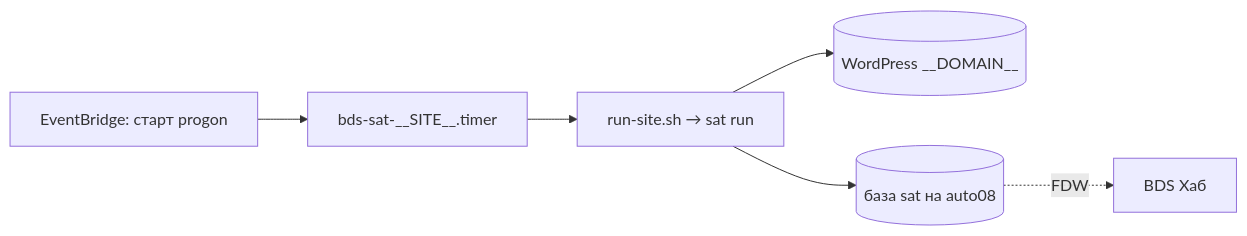
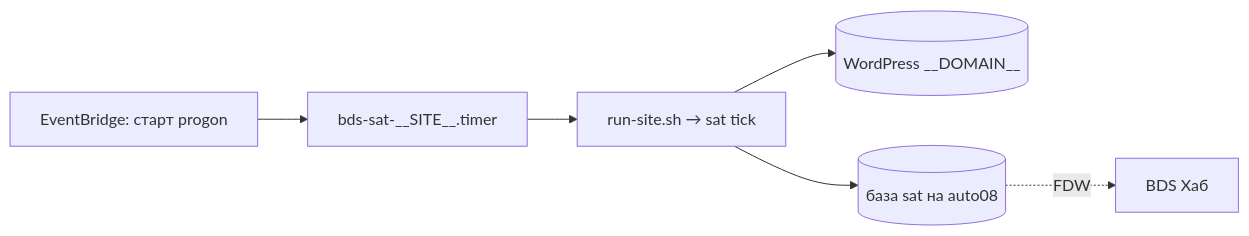
One commit to techfriends-eng/bds-satellites changed the diagram in templates/site/RUNBOOK.md. Above: the diagram before and after it, drawn with Mermaid. The commit also changed other lines of this file and 16 other files, not shown here.

First line of the commit message:
feat: такты sat tick и потолок недели (ADR 0002 §3), v0.1.36

````diff
--- a/templates/site/RUNBOOK.md
+++ b/templates/site/RUNBOOK.md
@@ -13,8 +15,8 @@
 ```mermaid
 flowchart LR
   eb[EventBridge: старт progon] --> t[bds-sat-__SITE__.timer]
-  t --> r[run-site.sh → sat run]
+  t --> r[run-site.sh → sat tick]
   r --> wp[(WordPress __DOMAIN__)]
   r --> sat[(база sat на auto08)]
   sat -. FDW .-> hub[BDS Хаб]
 ```
````
